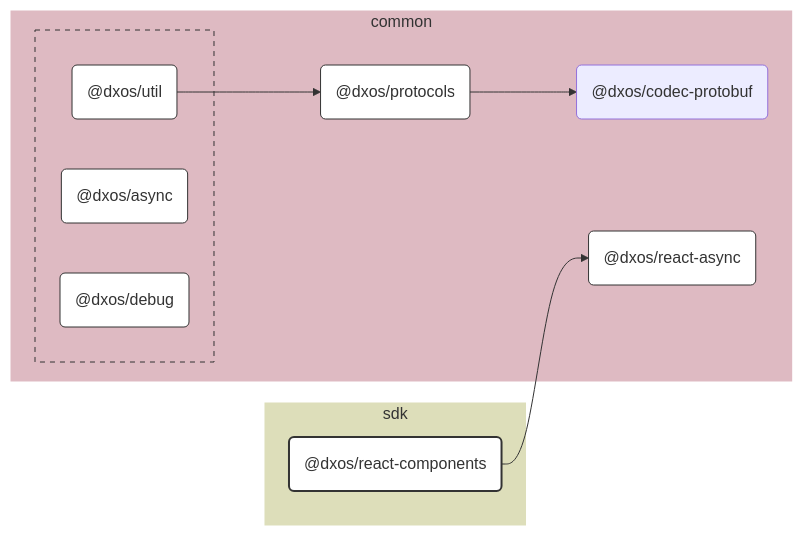
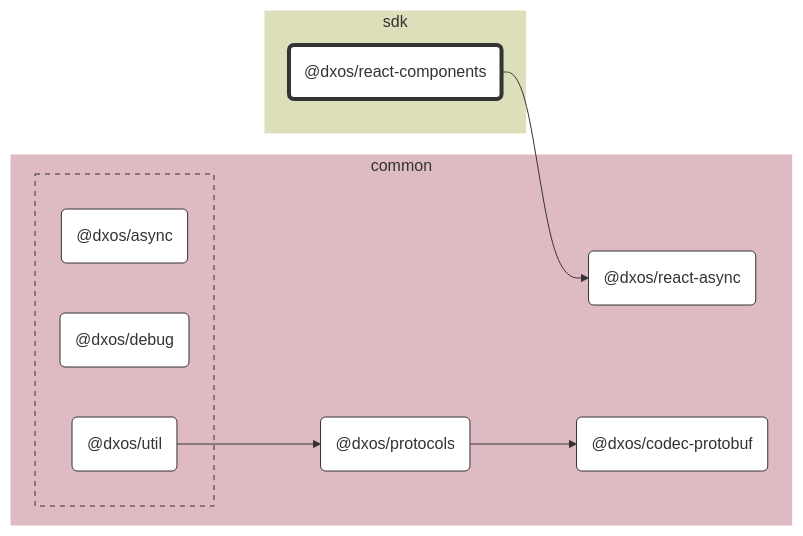
Before and after one commit to dxos/dxos: the diagram in packages/sdk/react-components/docs/README.md, drawn with Mermaid. The commit also changed other lines of this file and 104 other files, not shown here.

````diff
--- a/packages/sdk/react-components/docs/README.md
+++ b/packages/sdk/react-components/docs/README.md
@@ -7,54 +7,43 @@
 ```mermaid
 %%{ init: {'flowchart':{'curve':'basis'}} }%%
 
 flowchart LR
 
-%% Links
-dxos/protocols --> dxos/codec-protobuf;
-dxos/react-components --> dxos/react-async;
-dxos/util --> dxos/protocols;
+%% Classes
+classDef def fill:#fff,stroke:#333,stroke-width:1px
+classDef root fill:#fff,stroke:#333,stroke-width:4px
 
-%% Sections
-subgraph sdk
-  style sdk fill:#dddeba,stroke:#fff;
+%% Nodes
 
-  dxos/react-components("@dxos/react-components")
+subgraph sdk [sdk]
+  style sdk fill:#dddeba,stroke:#fff
+  dxos/react-components("@dxos/react-components"):::root
+  click dxos/react-components "dxos/dxos/tree/main/packages/sdk/react-components/docs"
 end
 
-subgraph common
-  style common fill:#debac2,stroke:#fff;
-
-  dxos/codec-protobuf("@dxos/codec-protobuf")
-  dxos/protocols("@dxos/protocols")
-  dxos/react-async("@dxos/react-async")
+subgraph common [common]
+  style common fill:#debac2,stroke:#fff
+  dxos/react-async("@dxos/react-async"):::def
+  click dxos/react-async "dxos/dxos/tree/main/packages/common/react-async/docs"
+  dxos/protocols("@dxos/protocols"):::def
+  click dxos/protocols "dxos/dxos/tree/main/packages/common/protocols/docs"
+  dxos/codec-protobuf("@dxos/codec-protobuf"):::def
+  click dxos/codec-protobuf "dxos/dxos/tree/main/packages/common/codec-protobuf/docs"
 
   subgraph common-excluded [ ]
-    style common-excluded fill:#debac2,stroke:#333,stroke-dasharray:5 5;
-
-    dxos/async("@dxos/async")
-    dxos/debug("@dxos/debug")
-    dxos/util("@dxos/util")
+    style common-excluded fill:#debac2,stroke:#333,stroke-dasharray:5 5
+    dxos/async("@dxos/async"):::def
+    click dxos/async "dxos/dxos/tree/main/packages/common/async/docs"
+    dxos/debug("@dxos/debug"):::def
+    click dxos/debug "dxos/dxos/tree/main/packages/common/debug/docs"
+    dxos/util("@dxos/util"):::def
+    click dxos/util "dxos/dxos/tree/main/packages/common/util/docs"
   end
 end
 
-
-%% Hyperlinks
-click dxos/async "dxos/dxos/tree/main/packages/common/async/docs";
-click dxos/debug "dxos/dxos/tree/main/packages/common/debug/docs";
-click dxos/protocols "dxos/dxos/tree/main/packages/common/protocols/docs";
-click dxos/react-async "dxos/dxos/tree/main/packages/common/react-async/docs";
-click dxos/util "dxos/dxos/tree/main/packages/common/util/docs";
-
-%% Styles
-classDef rootNode fill:#fff,stroke:#333,stroke-width:2px
-classDef defaultNode fill:#fff,stroke:#333,stroke-width:1px
+%% Links
 linkStyle default stroke:#333,stroke-width:1px
-
-dxos/react-components:::rootNode
-
-dxos/async:::defaultNode
-dxos/debug:::defaultNode
-dxos/protocols:::defaultNode
-dxos/react-async:::defaultNode
-dxos/util:::defaultNode
+dxos/react-components --> dxos/react-async
+dxos/util --> dxos/protocols
+dxos/protocols --> dxos/codec-protobuf
 ```
````
